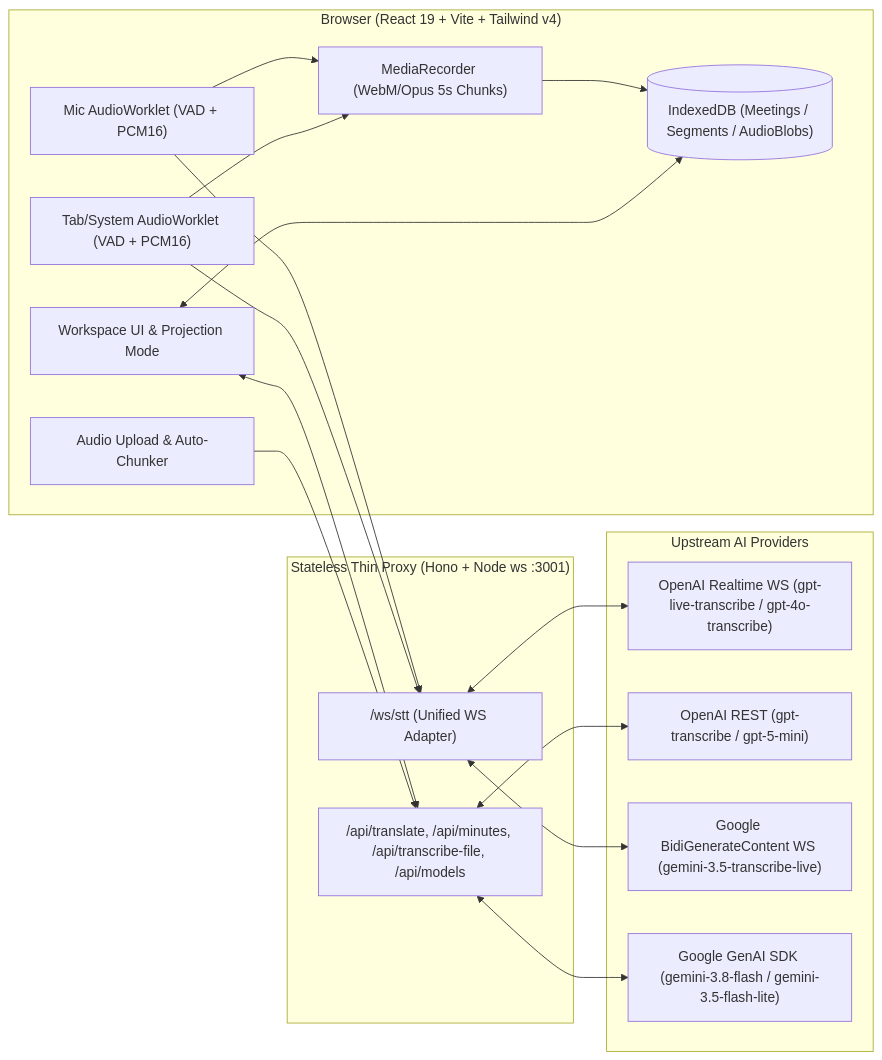
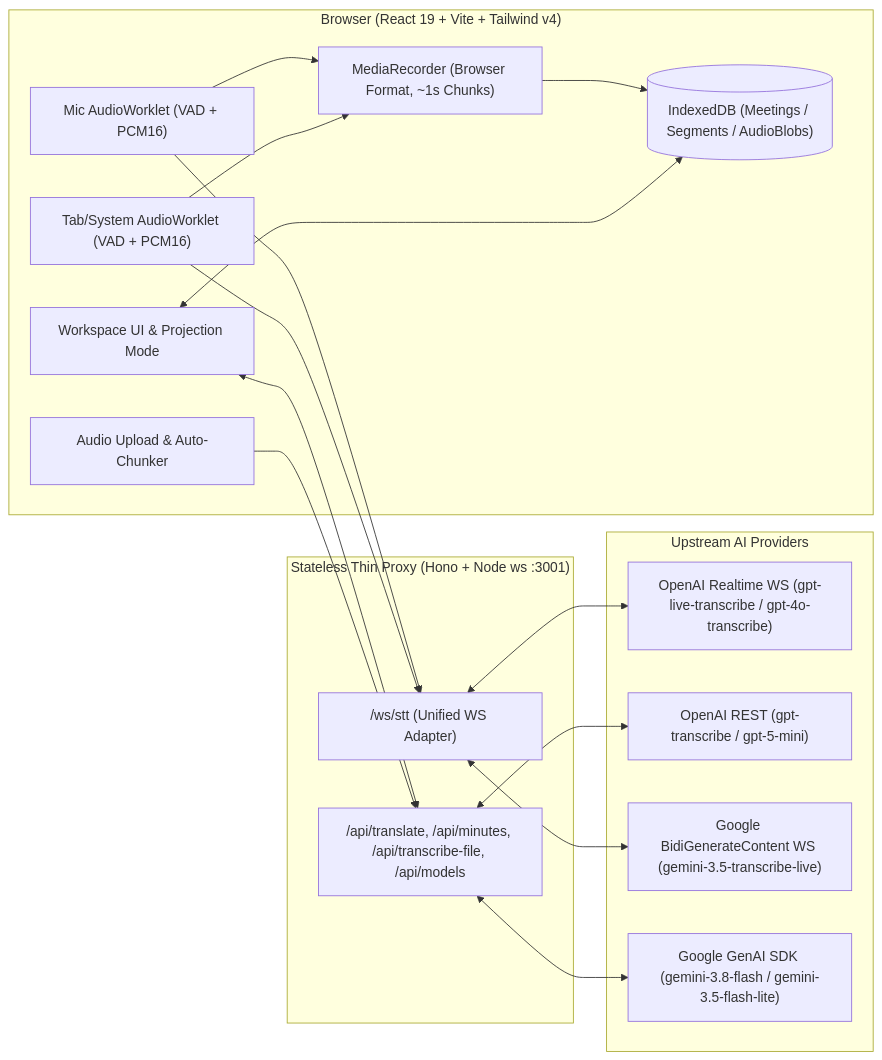
The diagram in PLAN.md (elliot75/PolyMeet), drawn with Mermaid before and after one commit. The commit also changed other lines of this file and 22 other files, not shown here.

````diff
--- a/PLAN.md
+++ b/PLAN.md
@@ -16,35 +16,35 @@
 ```mermaid
 flowchart LR
     subgraph Browser["Browser (React 19 + Vite + Tailwind v4)"]
         UI["Workspace UI & Projection Mode"]
         Mic["Mic AudioWorklet (VAD + PCM16)"]
         Sys["Tab/System AudioWorklet (VAD + PCM16)"]
-        Rec["MediaRecorder (WebM/Opus 5s Chunks)"]
+        Rec["MediaRecorder (Browser Format, ~1s Chunks)"]
         IDB[("IndexedDB (Meetings / Segments / AudioBlobs)")]
         FileUp["Audio Upload & Auto-Chunker"]
     end
 
     subgraph Proxy["Stateless Thin Proxy (Hono + Node ws :3001)"]
         WS["/ws/stt (Unified WS Adapter)"]
         REST["/api/translate, /api/minutes, /api/transcribe-file, /api/models"]
     end
 
     subgraph Providers["Upstream AI Providers"]
         OAI_RT["OpenAI Realtime WS (gpt-live-transcribe / gpt-4o-transcribe)"]
         OAI_API["OpenAI REST (gpt-transcribe / gpt-5-mini)"]
         GEM_RT["Google BidiGenerateContent WS (gemini-3.5-transcribe-live)"]
         GEM_API["Google GenAI SDK (gemini-3.8-flash / gemini-3.5-flash-lite)"]
     end
 
     Mic --> WS
     Sys --> WS
     Mic --> Rec --> IDB
     Sys --> Rec
     UI <--> IDB
     UI <--> REST
     FileUp --> REST
     WS <--> OAI_RT
     WS <--> GEM_RT
     REST <--> OAI_API
     REST <--> GEM_API
 ```
````
